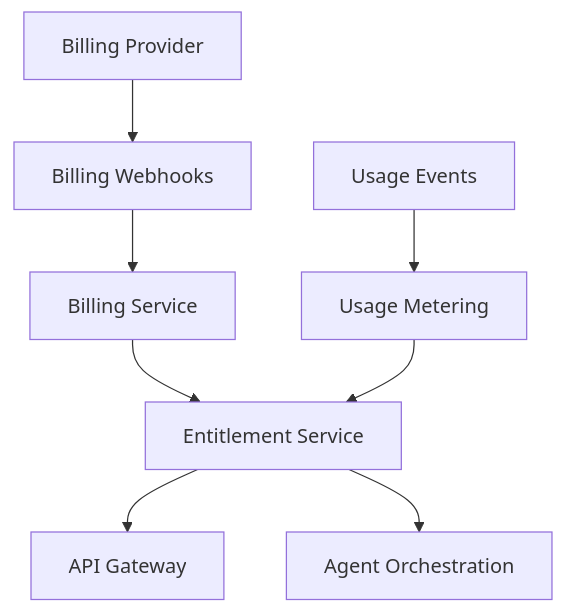
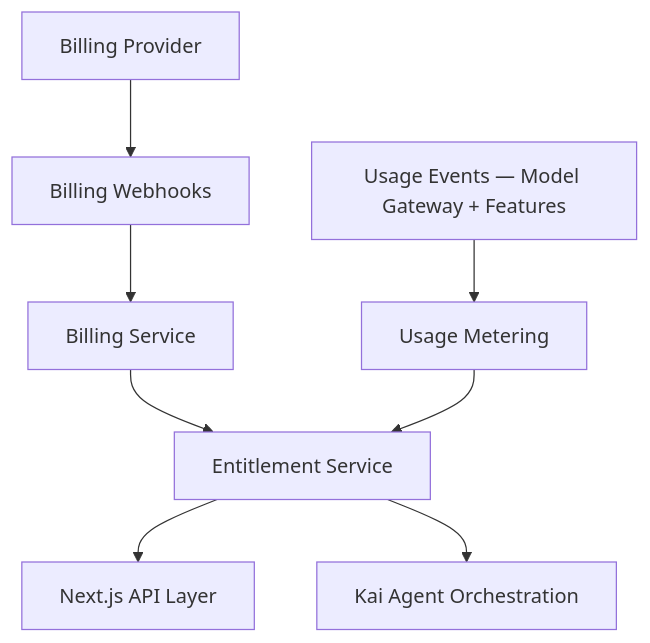
The diagram in docs/SUBSCRIPTION_AND_MONETIZATION.md (Mirzzie/Fadi), drawn with Mermaid before and after one commit. The commit also changed other lines of this file and 65 other files, not shown here.

First line of the commit message:
docs: update architecture docs for Better Auth, Kai, and data sources

````diff
--- a/docs/SUBSCRIPTION_AND_MONETIZATION.md
+++ b/docs/SUBSCRIPTION_AND_MONETIZATION.md
@@ -52,10 +55,10 @@
 ```mermaid
 flowchart TD
     Billing[Billing Provider] --> Webhooks[Billing Webhooks]
     Webhooks --> BillingSvc[Billing Service]
     BillingSvc --> Entitlements[Entitlement Service]
-    Entitlements --> API[API Gateway]
-    Entitlements --> Agent[Agent Orchestration]
-    Usage[Usage Events] --> Metering[Usage Metering]
+    Entitlements --> API[Next.js API Layer]
+    Entitlements --> Agent[Kai Agent Orchestration]
+    Usage[Usage Events — Model Gateway + Features] --> Metering[Usage Metering]
     Metering --> Entitlements
 ```
````
